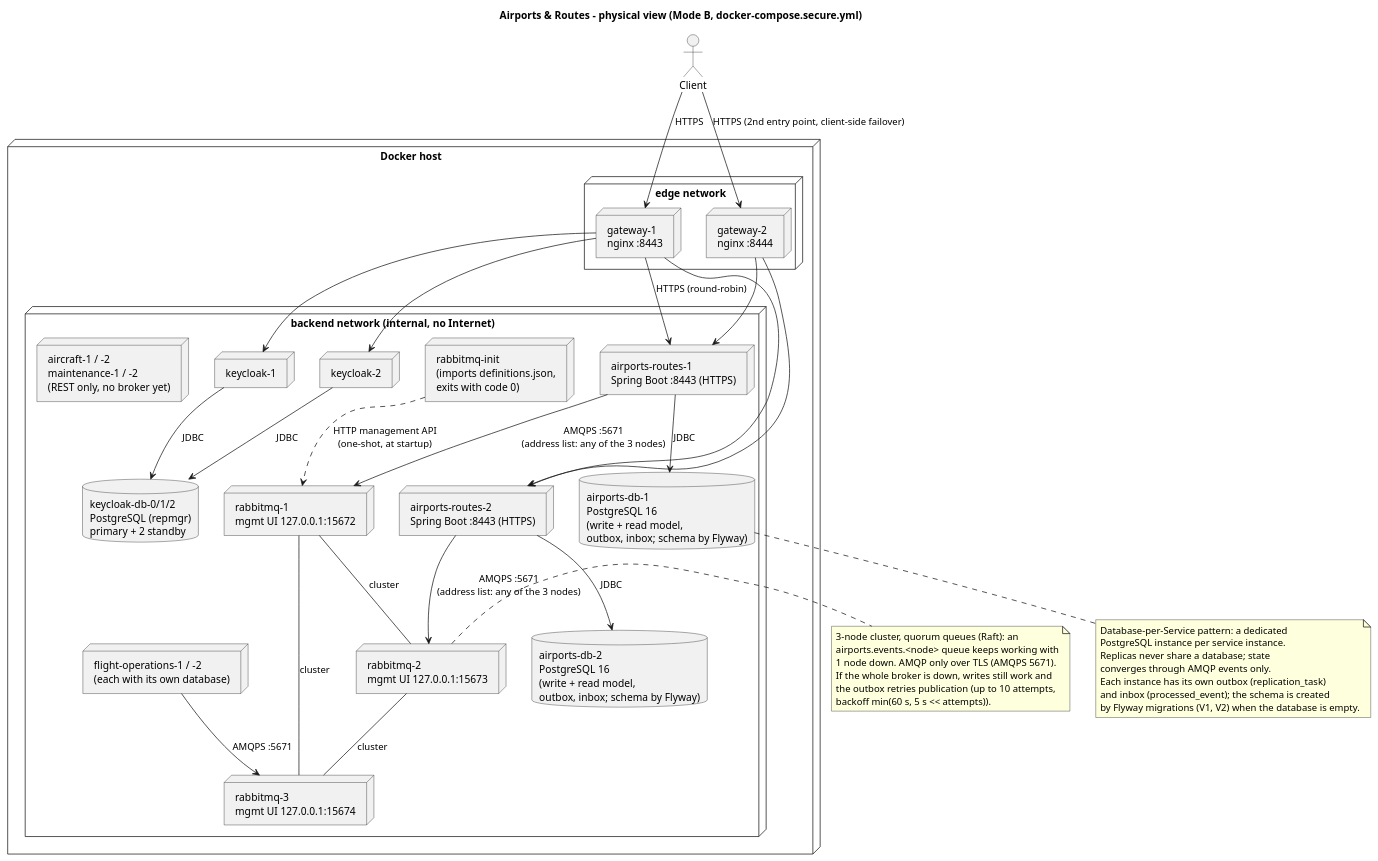
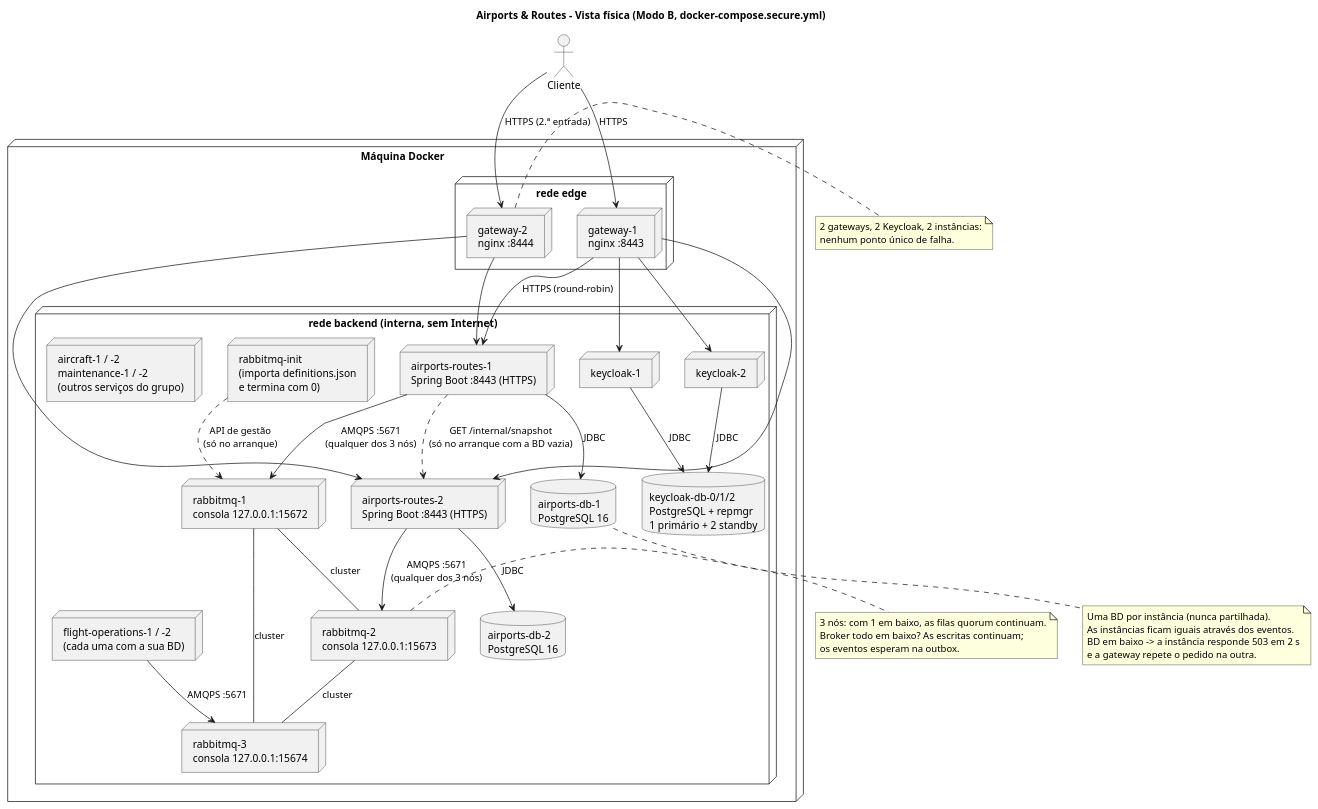
Before and after one commit to anamartasilvaa/SIDIG_AI_Safe: the diagram in Services/Airport e Routes/airports-routes-service/docs/E2/physical-view-airports-routes.puml, drawn with PlantUML. The commit also changed 31 other files, not shown here.

Commit message:
Airports: snapshot no arranque com BD vazia, 503 com BD em baixo, diagramas e READMEs da Entrega 2 atualizados

```diff
--- a/Services/Airport e Routes/airports-routes-service/docs/E2/physical-view-airports-routes.puml
+++ b/Services/Airport e Routes/airports-routes-service/docs/E2/physical-view-airports-routes.puml
@@ -1,70 +1,70 @@
 @startuml physical-view-airports-routes
 skinparam shadowing false
-title Airports & Routes - physical view (Mode B, docker-compose.secure.yml)
+title Airports & Routes - Vista física (Modo B, docker-compose.secure.yml)
 
-node "Docker host" {
-  node "edge network" {
+node "Máquina Docker" {
+  node "rede edge" {
     node "gateway-1\nnginx :8443" as G1
     node "gateway-2\nnginx :8444" as G2
   }
-  node "backend network (internal, no Internet)" {
+  node "rede backend (interna, sem Internet)" {
     node "keycloak-1" as K1
     node "keycloak-2" as K2
-    database "keycloak-db-0/1/2\nPostgreSQL (repmgr)\nprimary + 2 standby" as KDB
+    database "keycloak-db-0/1/2\nPostgreSQL + repmgr\n1 primário + 2 standby" as KDB
 
-    node "rabbitmq-1\nmgmt UI 127.0.0.1:15672" as RB1
-    node "rabbitmq-2\nmgmt UI 127.0.0.1:15673" as RB2
-    node "rabbitmq-3\nmgmt UI 127.0.0.1:15674" as RB3
-    node "rabbitmq-init\n(imports definitions.json,\nexits with code 0)" as RBI
+    node "rabbitmq-1\nconsola 127.0.0.1:15672" as RB1
+    node "rabbitmq-2\nconsola 127.0.0.1:15673" as RB2
+    node "rabbitmq-3\nconsola 127.0.0.1:15674" as RB3
+    node "rabbitmq-init\n(importa definitions.json\ne termina com 0)" as RBI
 
     node "airports-routes-1\nSpring Boot :8443 (HTTPS)" as AR1
-    database "airports-db-1\nPostgreSQL 16\n(write + read model,\noutbox, inbox; schema by Flyway)" as DB1
+    database "airports-db-1\nPostgreSQL 16" as DB1
     node "airports-routes-2\nSpring Boot :8443 (HTTPS)" as AR2
-    database "airports-db-2\nPostgreSQL 16\n(write + read model,\noutbox, inbox; schema by Flyway)" as DB2
+    database "airports-db-2\nPostgreSQL 16" as DB2
 
-    node "flight-operations-1 / -2\n(each with its own database)" as FO
-    node "aircraft-1 / -2\nmaintenance-1 / -2\n(REST only, no broker yet)" as OTHER
+    node "flight-operations-1 / -2\n(cada uma com a sua BD)" as FO
+    node "aircraft-1 / -2\nmaintenance-1 / -2\n(outros serviços do grupo)" as OTHER
   }
 }
 
-actor "Client" as C
+actor "Cliente" as C
 C --> G1 : HTTPS
-C --> G2 : HTTPS (2nd entry point, client-side failover)
+C --> G2 : HTTPS (2.ª entrada)
 G1 --> AR1 : HTTPS (round-robin)
 G1 --> AR2
 G2 --> AR1
 G2 --> AR2
 G1 --> K1
 G1 --> K2
 K1 --> KDB : JDBC
 K2 --> KDB : JDBC
 
 AR1 --> DB1 : JDBC
 AR2 --> DB2 : JDBC
-AR1 --> RB1 : AMQPS :5671\n(address list: any of the 3 nodes)
-AR2 --> RB2 : AMQPS :5671\n(address list: any of the 3 nodes)
+AR1 --> RB1 : AMQPS :5671\n(qualquer dos 3 nós)
+AR2 --> RB2 : AMQPS :5671\n(qualquer dos 3 nós)
 FO --> RB3 : AMQPS :5671
+AR1 ..> AR2 : GET /internal/snapshot\n(só no arranque com a BD vazia)
 RB1 -- RB2 : cluster
 RB2 -- RB3 : cluster
 RB1 -- RB3 : cluster
-RBI ..> RB1 : HTTP management API\n(one-shot, at startup)
+RBI ..> RB1 : API de gestão\n(só no arranque)
 
 note bottom of DB1
-  Database-per-Service pattern: a dedicated
-  PostgreSQL instance per service instance.
-  Replicas never share a database; state
-  converges through AMQP events only.
-  Each instance has its own outbox (replication_task)
-  and inbox (processed_event); the schema is created
-  by Flyway migrations (V1, V2) when the database is empty.
+  Uma BD por instância (nunca partilhada).
+  As instâncias ficam iguais através dos eventos.
+  BD em baixo -> a instância responde 503 em 2 s
+  e a gateway repete o pedido na outra.
 end note
 
 note right of RB2
-  3-node cluster, quorum queues (Raft): an
-  airports.events.<node> queue keeps working with
-  1 node down. AMQP only over TLS (AMQPS 5671).
-  If the whole broker is down, writes still work and
-  the outbox retries publication (up to 10 attempts,
-  backoff min(60 s, 5 s << attempts)).
+  3 nós: com 1 em baixo, as filas quorum continuam.
+  Broker todo em baixo? As escritas continuam;
+  os eventos esperam na outbox.
+end note
+
+note right of G2
+  2 gateways, 2 Keycloak, 2 instâncias:
+  nenhum ponto único de falha.
 end note
 @enduml
```
